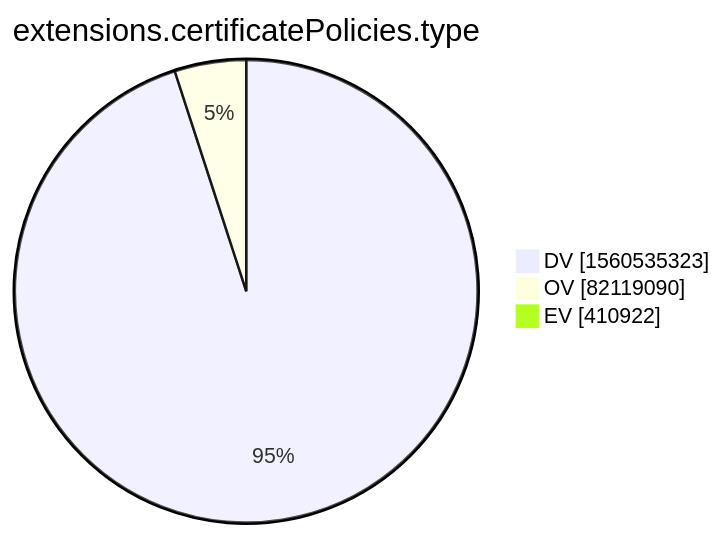
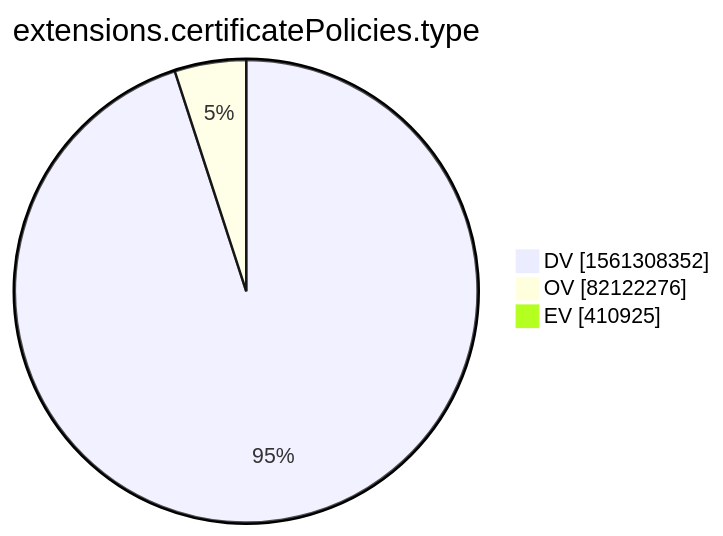
One commit to christiankrug/ctmonitor_visualization changed the tenth of 15 diagrams in xenon2022/README.md. Above: the diagram before and after it, drawn with Mermaid. The commit also changed other lines of this file, not shown here.

````diff
--- a/xenon2022/README.md
+++ b/xenon2022/README.md
@@ -2876,7 +2876,7 @@
 ```mermaid
 pie showData
 title extensions.certificatePolicies.type
-"DV" :1560535323
-"OV" :82119090
-"EV" :410922
+"DV" :1561308352
+"OV" :82122276
+"EV" :410925
 ```
````
